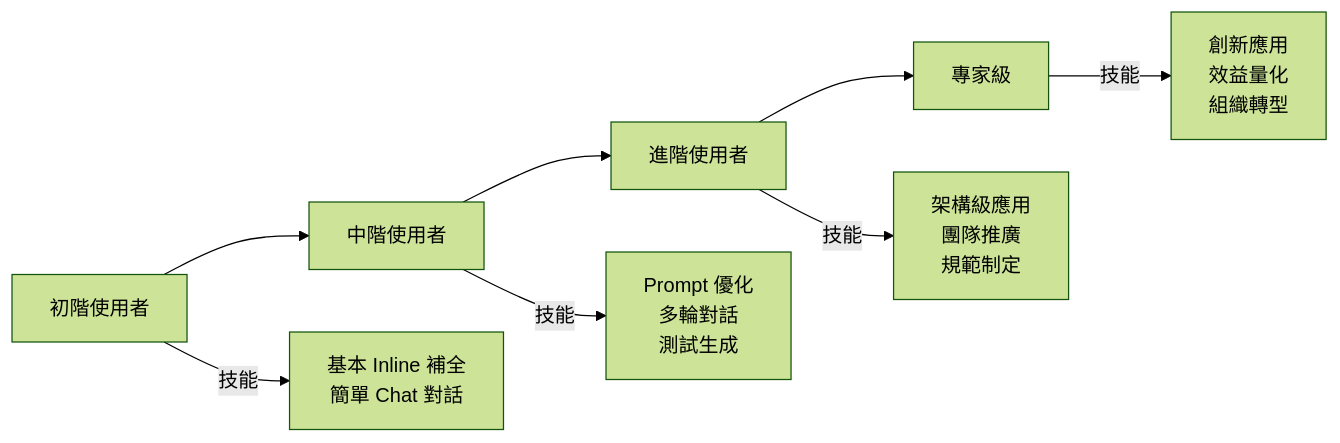
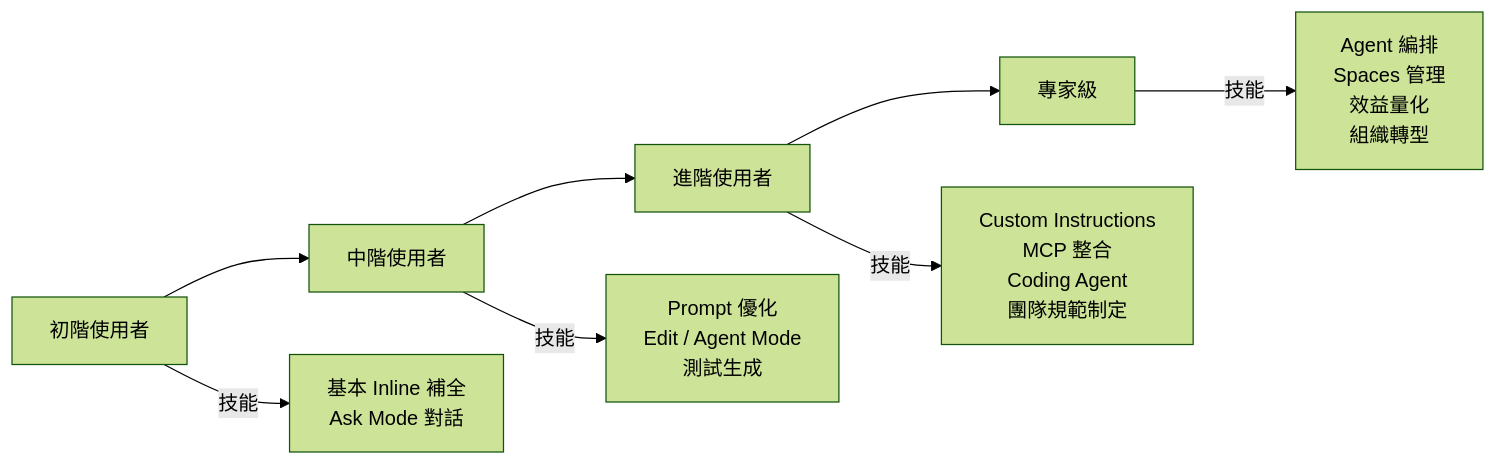
Before and after one commit to chihhung/Blog: diagram 20 of 20 in content/posts/教學/AI開發/github copilot生態圈教學手冊.md, drawn with Mermaid (forest theme). The commit also changed other lines of this file and 2 other files, not shown here.

````diff
--- a/content/posts/教學/AI開發/github copilot生態圈教學手冊.md
+++ b/content/posts/教學/AI開發/github copilot生態圈教學手冊.md
@@ -2411,11 +2824,11 @@
 ```mermaid
 graph LR
     A[初階使用者] --> B[中階使用者]
     B --> C[進階使用者]
     C --> D[專家級]
     
-    A -->|技能| A1[基本 Inline 補全<br/>簡單 Chat 對話]
-    B -->|技能| B1[Prompt 優化<br/>多輪對話<br/>測試生成]
-    C -->|技能| C1[架構級應用<br/>團隊推廣<br/>規範制定]
-    D -->|技能| D1[創新應用<br/>效益量化<br/>組織轉型]
+    A -->|技能| A1[基本 Inline 補全<br/>Ask Mode 對話]
+    B -->|技能| B1[Prompt 優化<br/>Edit / Agent Mode<br/>測試生成]
+    C -->|技能| C1[Custom Instructions<br/>MCP 整合<br/>Coding Agent<br/>團隊規範制定]
+    D -->|技能| D1[Agent 編排<br/>Spaces 管理<br/>效益量化<br/>組織轉型]
 ```
````
